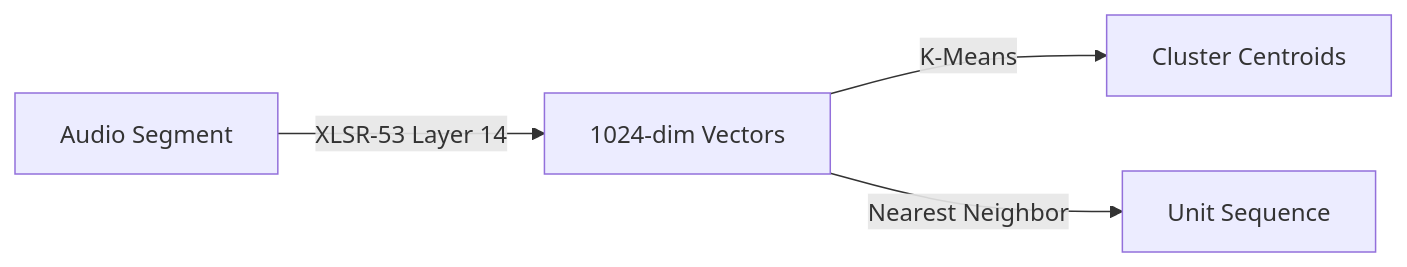
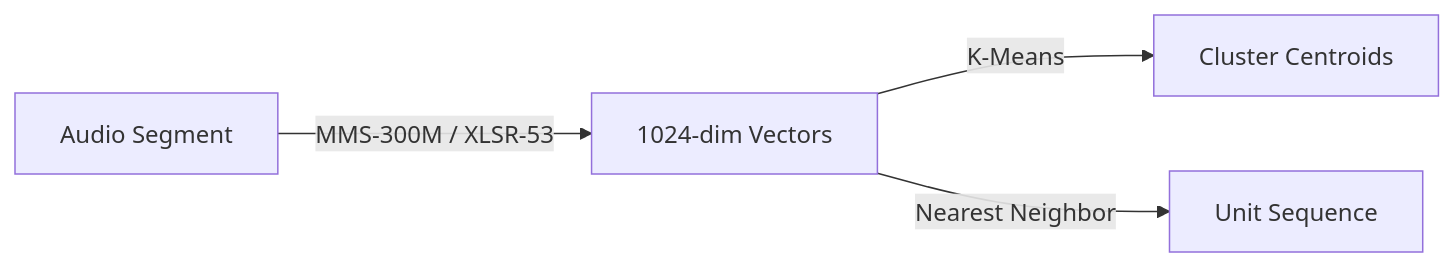
The third of 5 diagrams in README.md (shemaobt/model-training), drawn with Mermaid before and after one commit. The commit also changed other lines of this file and 4 other files, not shown here.

````diff
--- a/README.md
+++ b/README.md
@@ -104,6 +104,6 @@
 ```mermaid
 flowchart LR
-    A[Audio Segment] -->|XLSR-53 Layer 14| B[1024-dim Vectors]
+    A[Audio Segment] -->|MMS-300M / XLSR-53| B[1024-dim Vectors]
     B -->|K-Means| C[Cluster Centroids]
     B -->|Nearest Neighbor| D[Unit Sequence]
 ```
````
